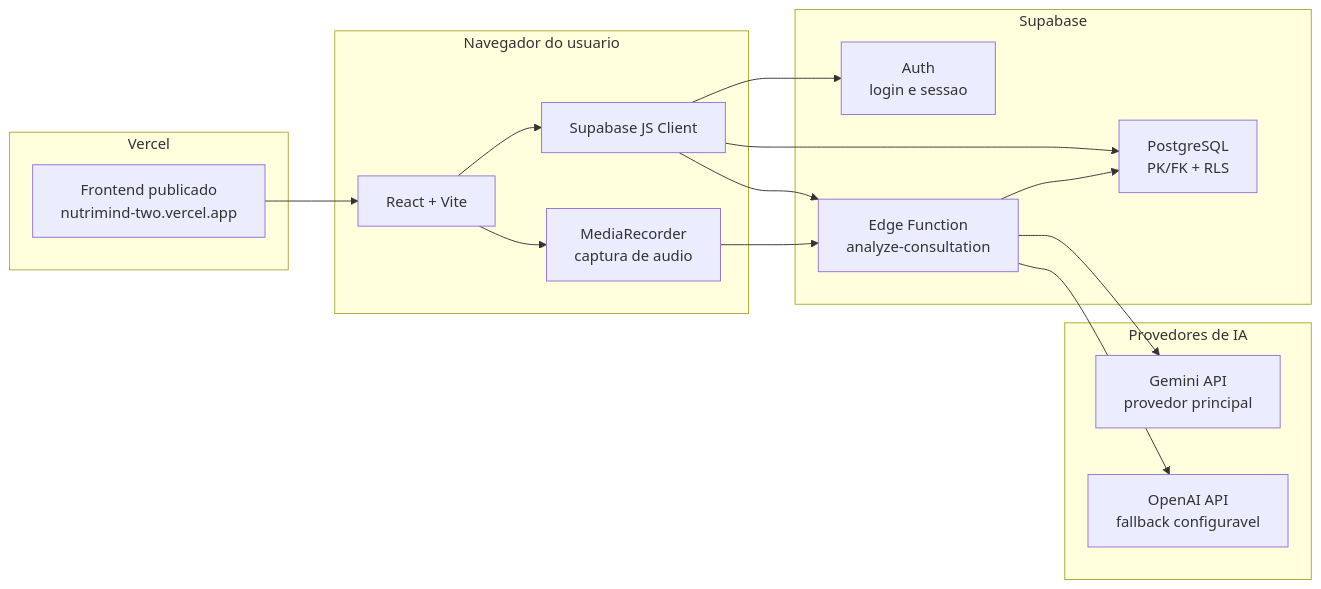
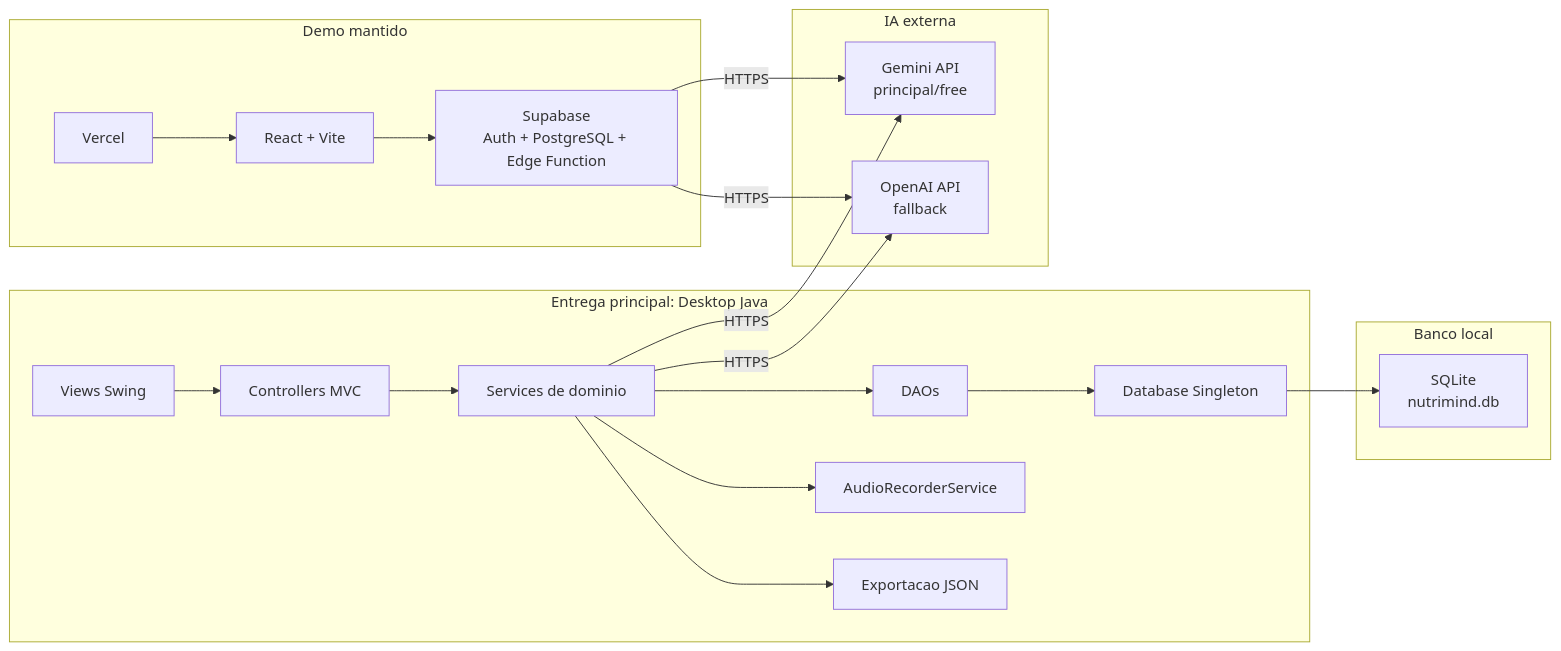
Before and after one commit to karlitus222/nutrimind-mvp-desktop: the diagram in docs/diagrama-componentes.md, drawn with Mermaid. The commit also changed other lines of this file and 14 other files, not shown here.

Commit message:
feat: bring web AI flow to desktop

````diff
--- a/docs/diagrama-componentes.md
+++ b/docs/diagrama-componentes.md
@@ -3,34 +3,42 @@
 ```mermaid
 flowchart LR
-    subgraph Browser["Navegador do usuario"]
-        UI["React + Vite"]
-        Recorder["MediaRecorder\ncaptura de audio"]
-        SupabaseClient["Supabase JS Client"]
+    subgraph Desktop["Entrega principal: Desktop Java"]
+        View["Views Swing"]
+        Controller["Controllers MVC"]
+        Service["Services de dominio"]
+        DAO["DAOs"]
+        Config["Database Singleton"]
+        Audio["AudioRecorderService"]
+        Export["Exportacao JSON"]
     end
 
-    subgraph Vercel["Vercel"]
-        StaticApp["Frontend publicado\nnutrimind-two.vercel.app"]
+    subgraph LocalDB["Banco local"]
+        SQLite["SQLite\nnutrimind.db"]
     end
 
-    subgraph Supabase["Supabase"]
-        Auth["Auth\nlogin e sessao"]
-        Database["PostgreSQL\nPK/FK + RLS"]
-        EdgeFunction["Edge Function\nanalyze-consultation"]
+    subgraph IA["IA externa"]
+        Gemini["Gemini API\nprincipal/free"]
+        OpenAI["OpenAI API\nfallback"]
     end
 
-    subgraph AI["Provedores de IA"]
-        Gemini["Gemini API\nprovedor principal"]
-        OpenAI["OpenAI API\nfallback configuravel"]
+    subgraph Web["Demo mantido"]
+        React["React + Vite"]
+        Supabase["Supabase\nAuth + PostgreSQL + Edge Function"]
+        Vercel["Vercel"]
     end
 
-    UI --> SupabaseClient
-    UI --> Recorder
-    StaticApp --> UI
-    SupabaseClient --> Auth
-    SupabaseClient --> Database
-    SupabaseClient --> EdgeFunction
-    Recorder --> EdgeFunction
-    EdgeFunction --> Gemini
-    EdgeFunction --> OpenAI
-    EdgeFunction --> Database
+    View --> Controller
+    Controller --> Service
+    Service --> DAO
+    DAO --> Config
+    Config --> SQLite
+    Service --> Audio
+    Service --> Export
+    Service -- HTTPS --> Gemini
+    Service -- HTTPS --> OpenAI
+
+    React --> Supabase
+    Vercel --> React
+    Supabase -- HTTPS --> Gemini
+    Supabase -- HTTPS --> OpenAI
 ```
````
